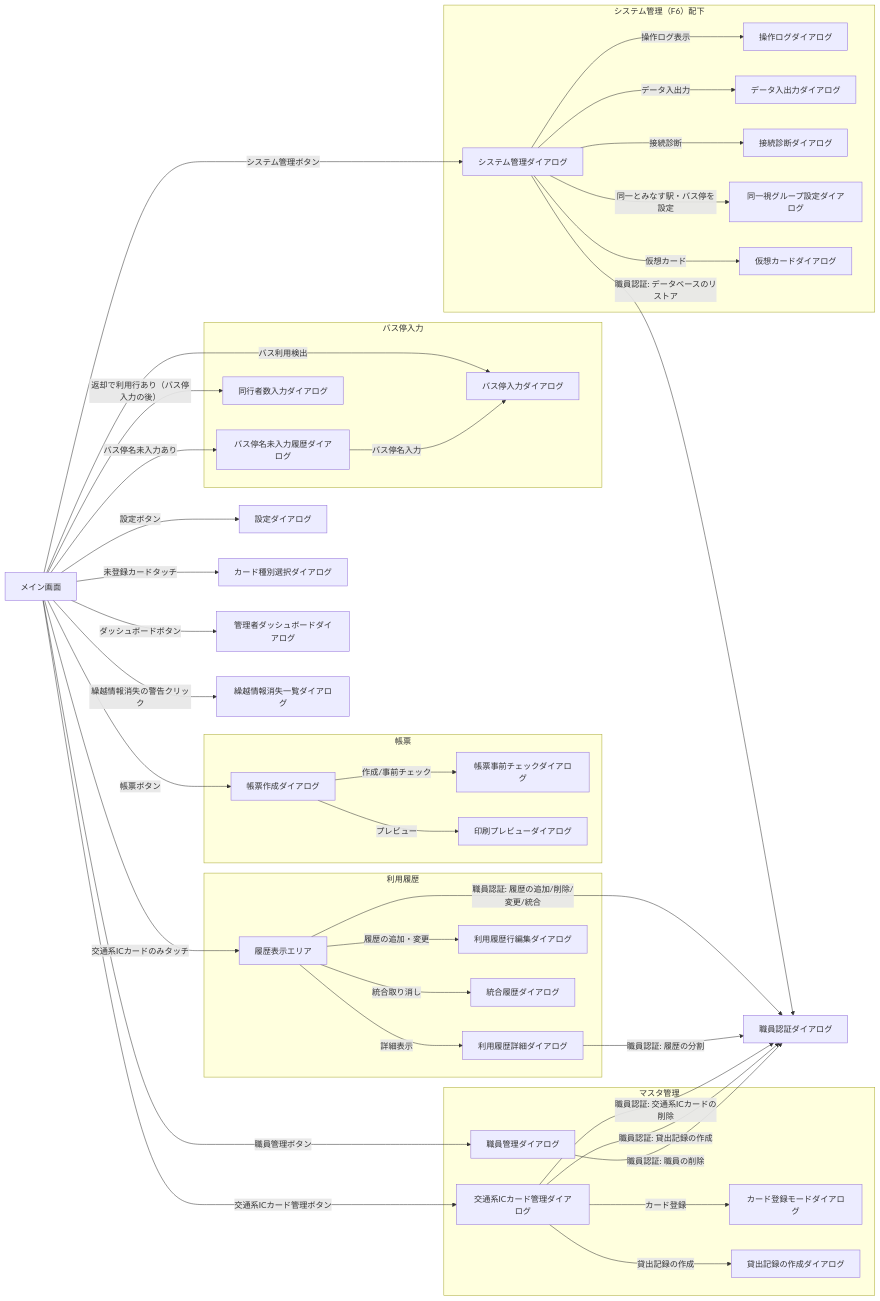
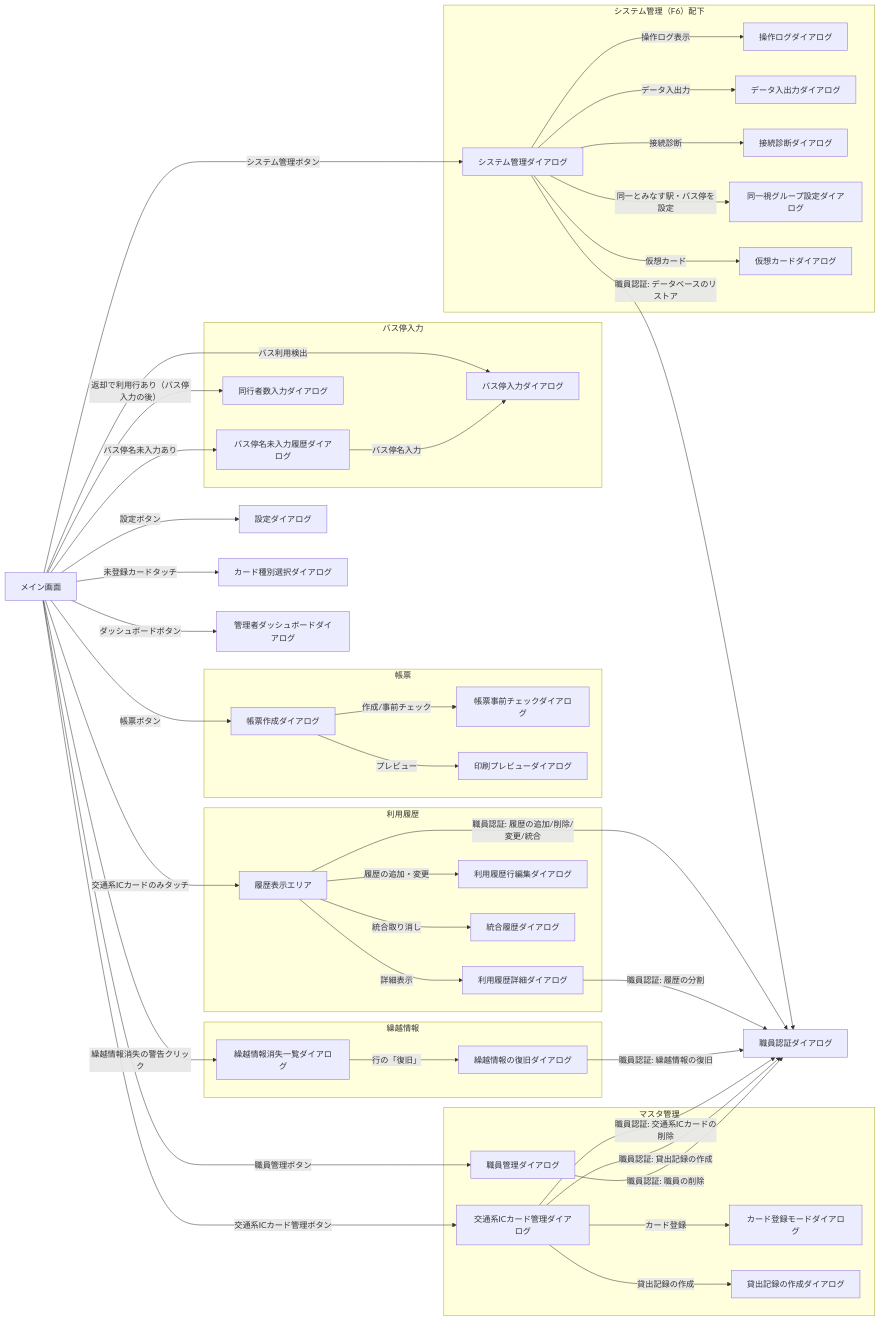
One commit to kuwayamamasayuki/ICCardManager changed the first of 2 diagrams in ICCardManager/docs/design/03_画面設計書.md. Above: the diagram before and after it, drawn with Mermaid. The commit also changed other lines of this file and 30 other files, not shown here.

````diff
--- a/ICCardManager/docs/design/03_画面設計書.md
+++ b/ICCardManager/docs/design/03_画面設計書.md
@@ -49,7 +49,10 @@
         COMPANION[同行者数入力ダイアログ]
     end
 
-    CARRYLOSS[繰越情報消失一覧ダイアログ]
+    subgraph SG_CARRYOVER[繰越情報]
+        CARRYLOSS[繰越情報消失一覧ダイアログ]
+        CARRYRECOVER[繰越情報の復旧ダイアログ]
+    end
 
     subgraph SG_SYSTEM[システム管理（F6）配下]
         SYSMGMT[システム管理ダイアログ]
@@ -74,6 +77,7 @@
     MAIN -->|繰越情報消失の警告クリック| CARRYLOSS
 
     CARD -->|カード登録| CARDREGMODE
+    CARRYLOSS -->|行の「復旧」| CARRYRECOVER
     CARD -->|貸出記録の作成| SYSLEND
     HISTORY -->|詳細表示| LEDGERDETAIL
     HISTORY -->|履歴の追加・変更| LEDGERROWEDIT
@@ -93,4 +97,5 @@
     HISTORY -->|職員認証: 履歴の追加/削除/変更/統合| STAFFAUTH
     LEDGERDETAIL -->|職員認証: 履歴の分割| STAFFAUTH
     SYSMGMT -->|職員認証: データベースのリストア| STAFFAUTH
+    CARRYRECOVER -->|職員認証: 繰越情報の復旧| STAFFAUTH
 ```
````
